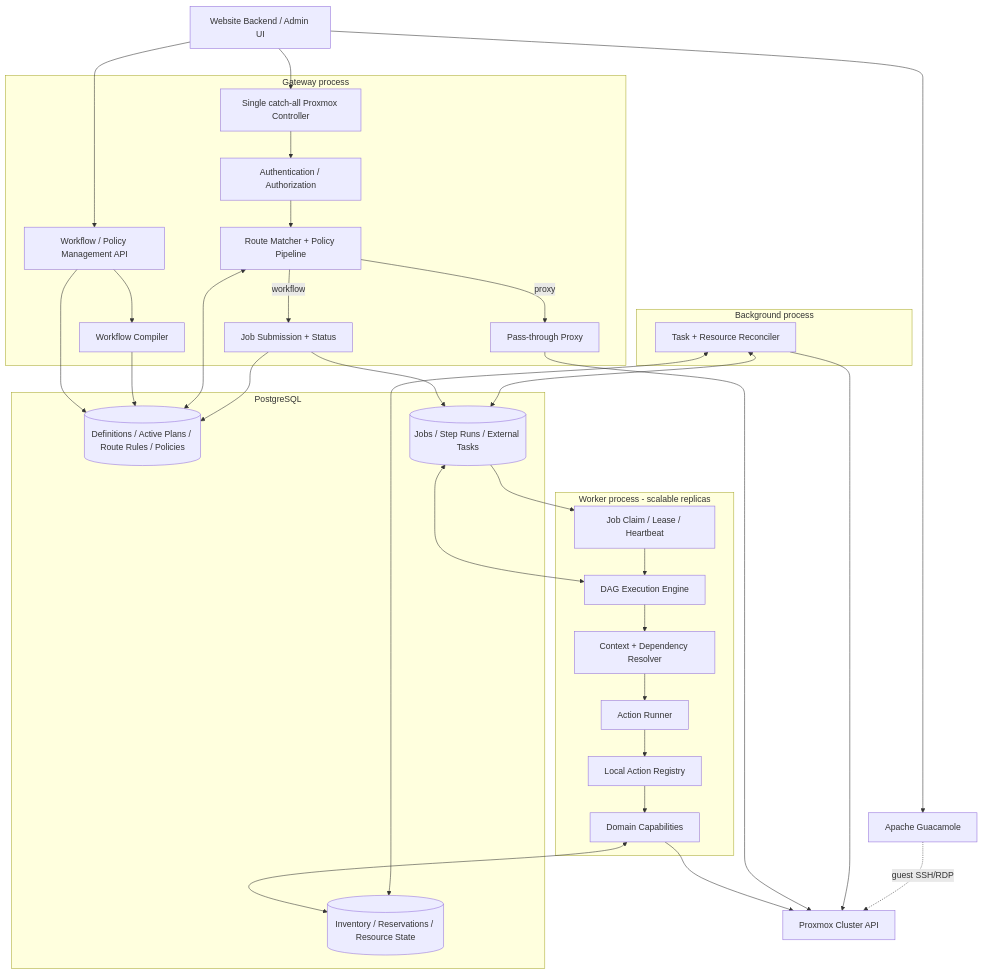
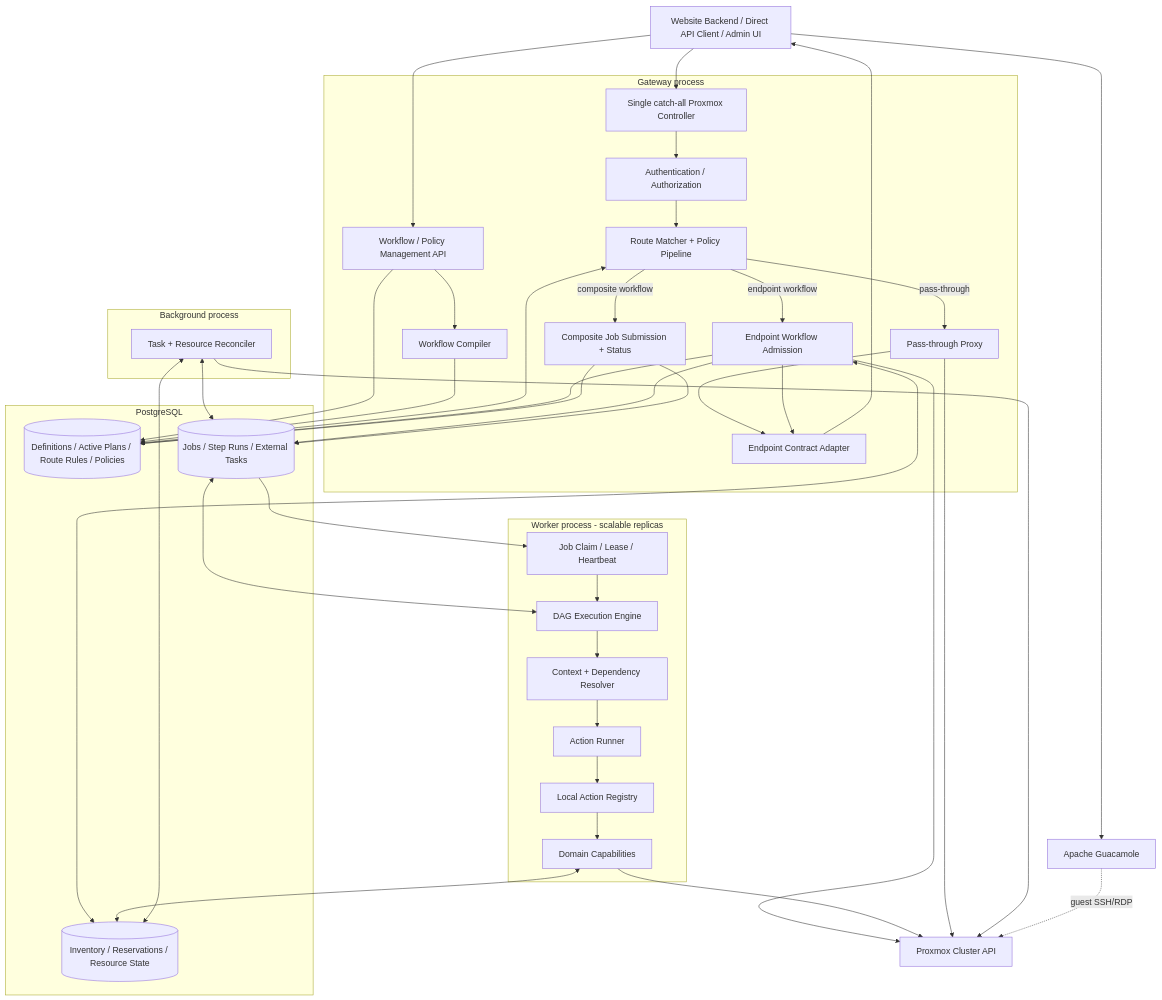
The second of 8 diagrams in README.md (chiennc4805/proxmox-load-balancer), drawn with Mermaid before and after one commit. The commit also changed other lines of this file and 1 other file, not shown here.

````diff
--- a/README.md
+++ b/README.md
@@ -113,59 +132,67 @@
 ```mermaid
 flowchart TB
-    WEB[Website Backend / Admin UI]
+    CLIENT[Website Backend / Direct API Client / Admin UI]
 
     subgraph API[Gateway process]
         CTRL[Single catch-all Proxmox Controller]
         AUTH[Authentication / Authorization]
         ROUTE[Route Matcher + Policy Pipeline]
         PROXY[Pass-through Proxy]
-        JOBAPI[Job Submission + Status]
+        ADMIT[Endpoint Workflow Admission]
+        RESP[Endpoint Contract Adapter]
+        JOBAPI[Composite Job Submission + Status]
         MGMT[Workflow / Policy Management API]
         COMP[Workflow Compiler]
         CTRL --> AUTH --> ROUTE
-        ROUTE -->|proxy| PROXY
-        ROUTE -->|workflow| JOBAPI
+        ROUTE -->|pass-through| PROXY --> RESP
+        ROUTE -->|endpoint workflow| ADMIT --> RESP
+        ROUTE -->|composite workflow| JOBAPI
         MGMT --> COMP
     end
 
     subgraph DB[PostgreSQL]
         WF[(Definitions / Active Plans / Route Rules / Policies)]
         JOBS[(Jobs / Step Runs / External Tasks)]
         RES[(Inventory / Reservations / Resource State)]
     end
 
     subgraph WORKER[Worker process - scalable replicas]
         CONSUMER[Job Claim / Lease / Heartbeat]
         ENGINE[DAG Execution Engine]
         CONTEXT[Context + Dependency Resolver]
         RUNNER[Action Runner]
         REG[Local Action Registry]
         CAP[Domain Capabilities]
         CONSUMER --> ENGINE --> CONTEXT --> RUNNER --> REG --> CAP
     end
 
     subgraph AUX[Background process]
         RECON[Task + Resource Reconciler]
     end
 
     PVE[Proxmox Cluster API]
     GUA[Apache Guacamole]
 
-    WEB --> CTRL
-    WEB --> MGMT
-    WEB --> GUA
+    CLIENT --> CTRL
+    RESP --> CLIENT
+    CLIENT --> MGMT
+    CLIENT --> GUA
     MGMT --> WF
     COMP --> WF
     ROUTE <--> WF
+    ADMIT --> WF
+    ADMIT --> JOBS
+    ADMIT <--> RES
+    ADMIT --> PVE
     JOBAPI --> WF
     JOBAPI --> JOBS
     JOBS --> CONSUMER
     ENGINE <--> JOBS
     CAP <--> RES
     CAP --> PVE
     PROXY --> PVE
     RECON <--> JOBS
     RECON <--> RES
     RECON --> PVE
     GUA -. guest SSH/RDP .-> PVE
 ```
````
